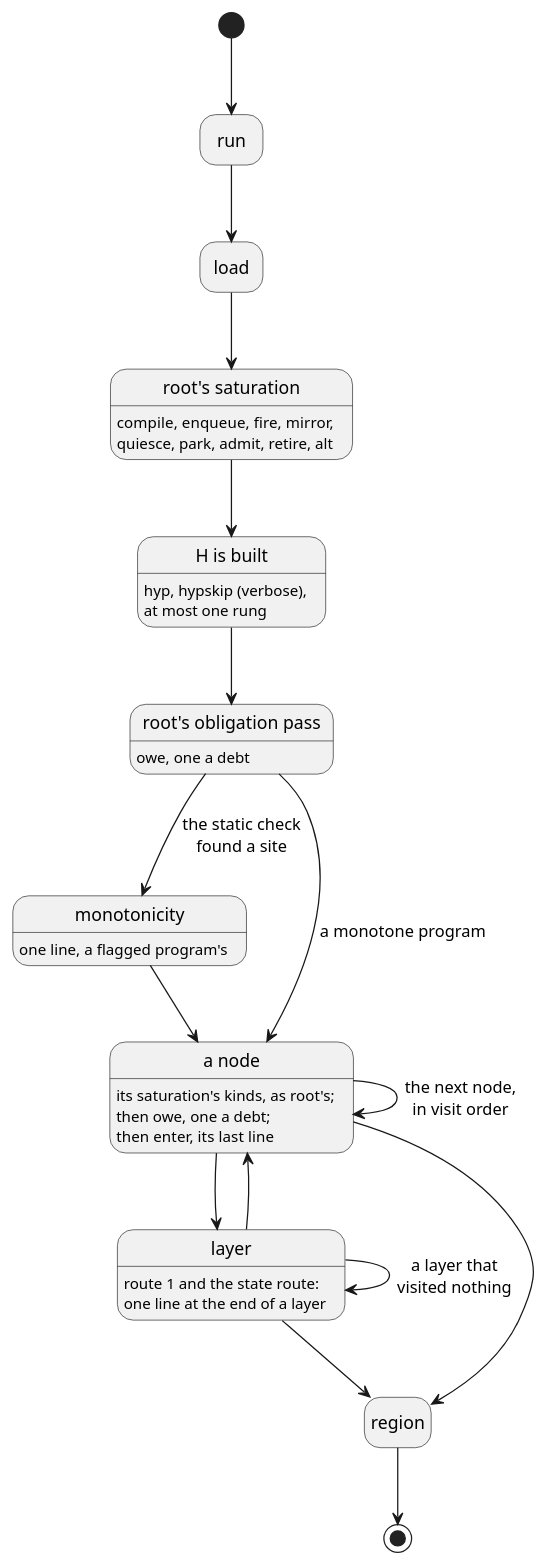
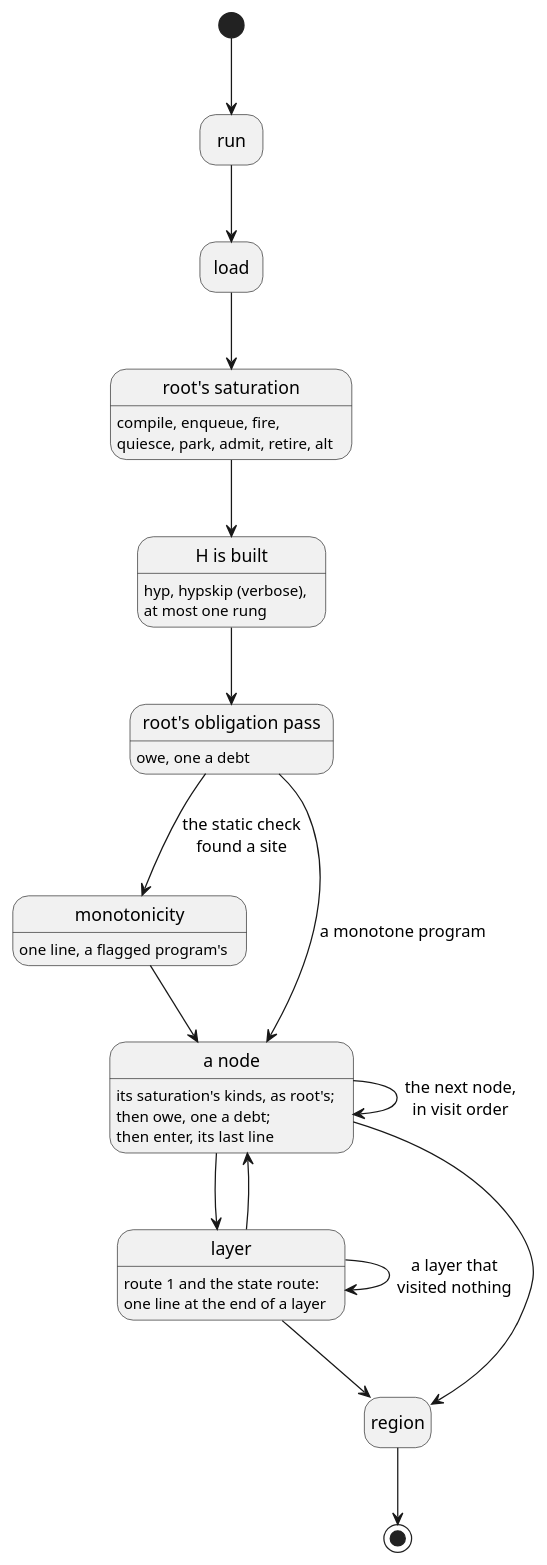
The diagram in docs/ein/ein.rs/diagrams/05-stream-states.puml (agutikov/ein), drawn with PlantUML before and after one commit. The commit also changed 94 other files, not shown here.

```diff
--- a/docs/ein/ein.rs/diagrams/05-stream-states.puml
+++ b/docs/ein/ein.rs/diagrams/05-stream-states.puml
@@ -1,28 +1,28 @@
 @startuml
 hide empty description
 state "run" as Run
 state "load" as Load
-state "root's saturation" as Sat : compile, enqueue, fire, mirror,\nquiesce, park, admit, retire, alt
+state "root's saturation" as Sat : compile, enqueue, fire,\nquiesce, park, admit, retire, alt
 state "H is built" as Gen : hyp, hypskip (verbose),\nat most one rung
 state "root's obligation pass" as Owe : owe, one a debt
 state "monotonicity" as Mono : one line, a flagged program's
 state "a node" as Node : its saturation's kinds, as root's;\nthen owe, one a debt;\nthen enter, its last line
 state "layer" as Layer : route 1 and the state route:\none line at the end of a layer
 state "region" as Region
 
 [*] --> Run
 Run --> Load
 Load --> Sat
 Sat --> Gen
 Gen --> Owe
 Owe --> Mono : the static check\nfound a site
 Owe --> Node : a monotone program
 Mono --> Node
 Node --> Node : the next node,\nin visit order
 Node --> Layer
 Layer --> Node
 Layer --> Layer : a layer that\nvisited nothing
 Node --> Region
 Layer --> Region
 Region --> [*]
 @enduml
```
